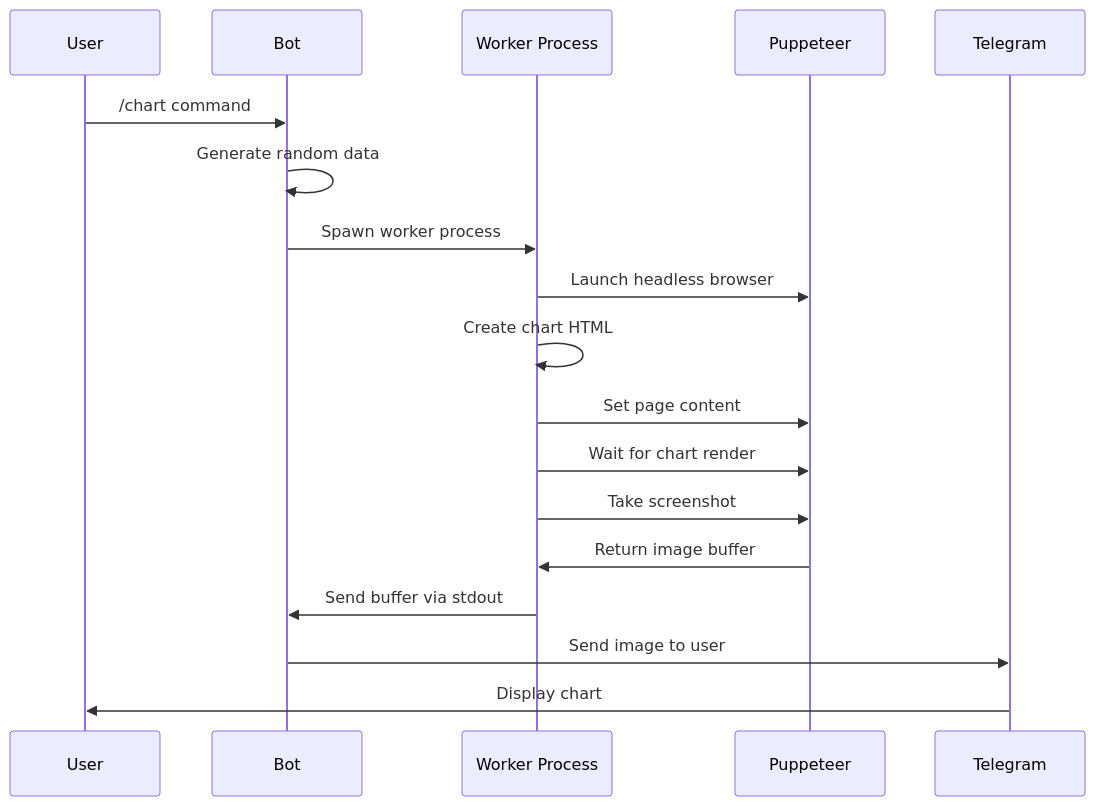
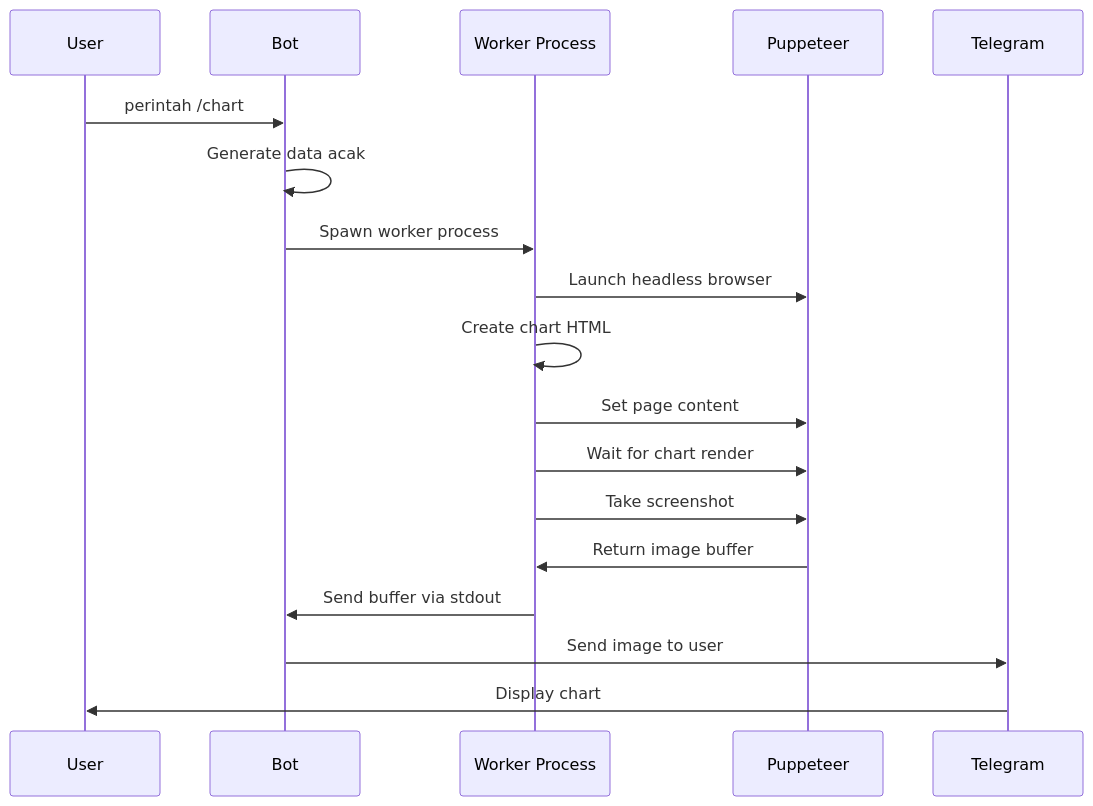
The second of 2 diagrams in bot-telegram-with-subs-proc/README.md (EgieSugina/Bot-Telegram-TypeScript), drawn with Mermaid before and after one commit. The commit also changed other lines of this file, not shown here.

````diff
--- a/bot-telegram-with-subs-proc/README.md
+++ b/bot-telegram-with-subs-proc/README.md
@@ -104,21 +104,21 @@
 ```mermaid
 sequenceDiagram
     participant U as User
     participant B as Bot
     participant W as Worker Process
     participant P as Puppeteer
     participant T as Telegram
     
-    U->>B: /chart command
-    B->>B: Generate random data
+    U->>B: perintah /chart
+    B->>B: Generate data acak
     B->>W: Spawn worker process
     W->>P: Launch headless browser
     W->>W: Create chart HTML
     W->>P: Set page content
     W->>P: Wait for chart render
     W->>P: Take screenshot
     P->>W: Return image buffer
     W->>B: Send buffer via stdout
     B->>T: Send image to user
     T->>U: Display chart
 ```
````
